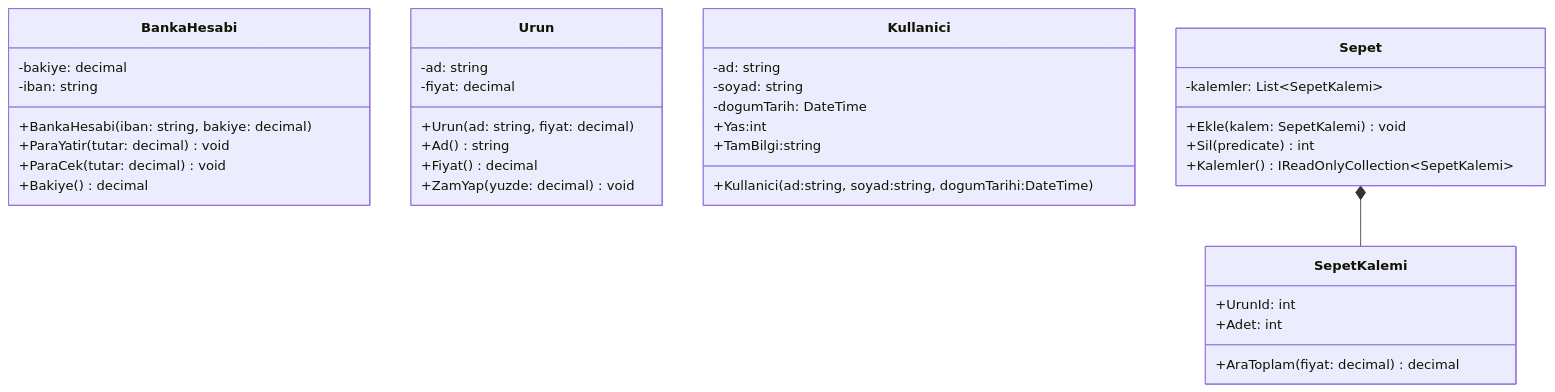
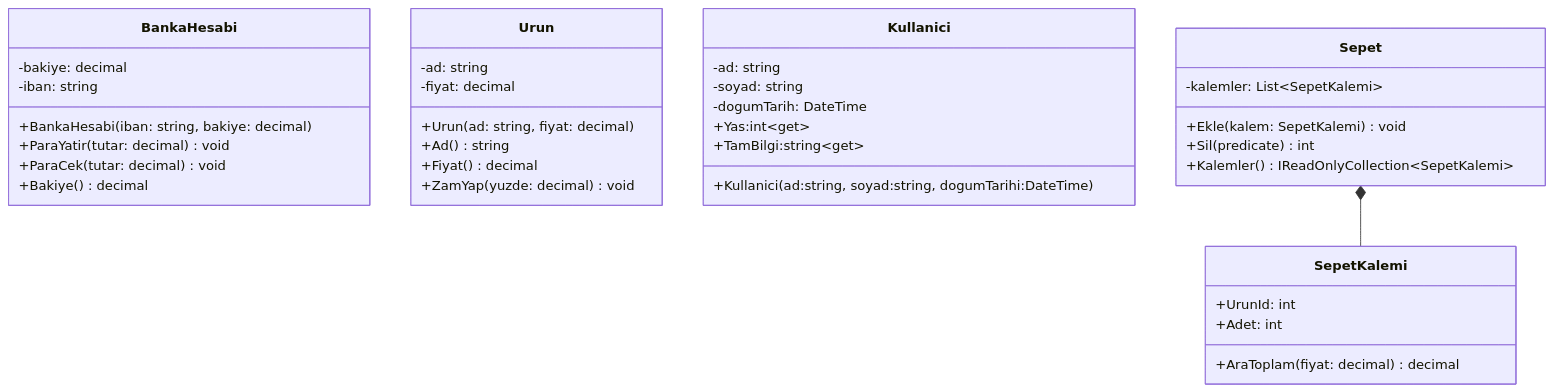
Before and after one commit to ibrahimayaz/Nesne-Yonelimli-Programlama-2025: the diagram in Hafta03/README.md, drawn with Mermaid. The commit also changed other lines of this file, not shown here.

Commit message:
Hafta03 Güncellendi

````diff
--- a/Hafta03/README.md
+++ b/Hafta03/README.md
@@ -10,44 +10,44 @@
 ```mermaid
 classDiagram
     class BankaHesabi {
       -bakiye: decimal
       -iban: string
       +BankaHesabi(iban: string, bakiye: decimal)
       +ParaYatir(tutar: decimal) void
       +ParaCek(tutar: decimal) void
       +Bakiye() decimal
     }
 
     class Urun {
       -ad: string
       -fiyat: decimal
       +Urun(ad: string, fiyat: decimal)
       +Ad() string
       +Fiyat() decimal
       +ZamYap(yuzde: decimal) void
     }
 
     class Kullanici {
       -ad: string
       -soyad: string
       -dogumTarih: DateTime
-      +Yas:int<get>
-      +TamBilgi:string<get>
+      +Yas:int~get~
+      +TamBilgi:string~get~
       +Kullanici(ad:string, soyad:string, dogumTarihi:DateTime)
     }
     
 
     class SepetKalemi {
       +UrunId: int
       +Adet: int
       +AraToplam(fiyat: decimal) decimal
     }
 
     class Sepet {
       -kalemler: List~SepetKalemi~
       +Ekle(kalem: SepetKalemi) void
       +Sil(predicate) int
       +Kalemler() IReadOnlyCollection~SepetKalemi~
     }
     Sepet *-- SepetKalemi
 ```
````
